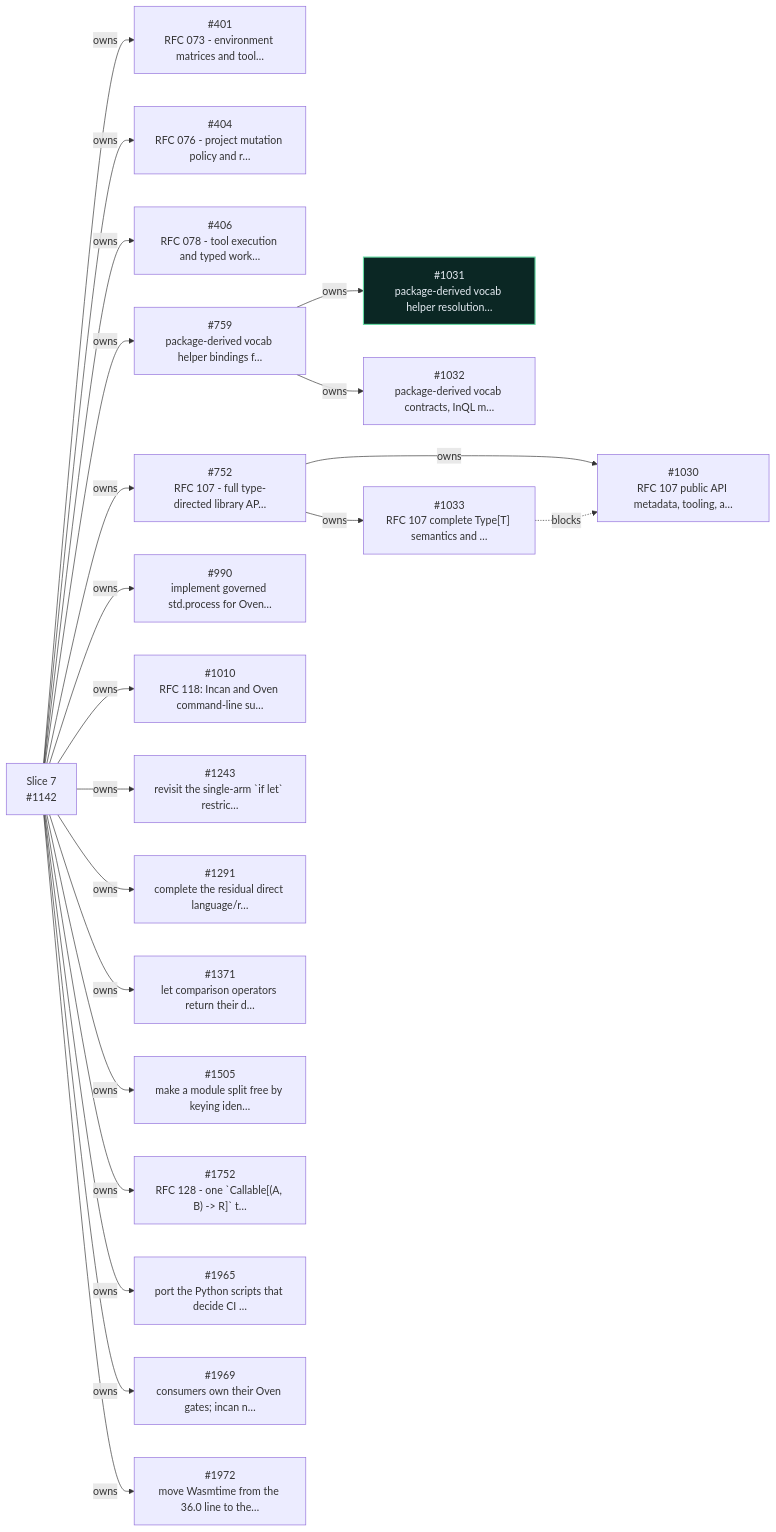
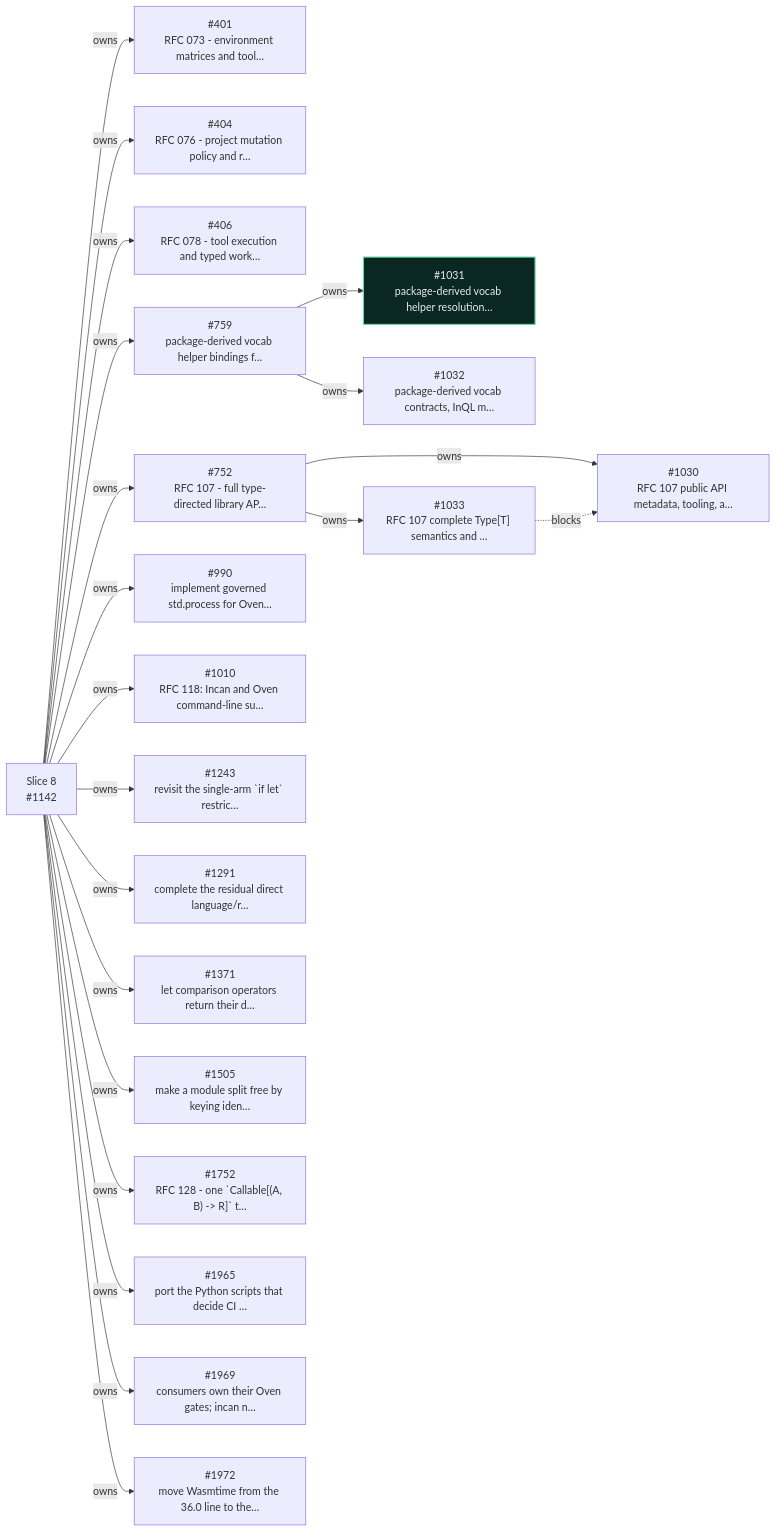
One commit to encero-systems/incan changed the eighth of 12 diagrams in workspaces/docs-site/docs/_snippets/project/v0_6_roadmap.md. Above: the diagram before and after it, drawn with Mermaid. The commit also changed other lines of this file and 2 other files, not shown here.

Commit message:
docs - 1675 the v0.6 roadmap shows Slice 7 and the re-sequenced slices

````diff
--- a/workspaces/docs-site/docs/_snippets/project/v0_6_roadmap.md
+++ b/workspaces/docs-site/docs/_snippets/project/v0_6_roadmap.md
@@ -732,65 +829,65 @@
 ```mermaid
 flowchart LR
   i401["#401<br/>RFC 073 - environment matrices and tool…"]
   i404["#404<br/>RFC 076 - project mutation policy and r…"]
   i406["#406<br/>RFC 078 - tool execution and typed work…"]
   i752["#752<br/>RFC 107 - full type-directed library AP…"]
   i759["#759<br/>package-derived vocab helper bindings f…"]
   i990["#990<br/>implement governed std.process for Oven…"]
   i1010["#1010<br/>RFC 118: Incan and Oven command-line su…"]
   i1030["#1030<br/>RFC 107 public API metadata, tooling, a…"]
   i1031["#1031<br/>package-derived vocab helper resolution…"]
   i1032["#1032<br/>package-derived vocab contracts, InQL m…"]
   i1033["#1033<br/>RFC 107 complete Type[T] semantics and …"]
-  s1142["Slice 7<br/>#1142"]
+  s1142["Slice 8<br/>#1142"]
   i1243["#1243<br/>revisit the single-arm `if let` restric…"]
   i1291["#1291<br/>complete the residual direct language/r…"]
   i1371["#1371<br/>let comparison operators return their d…"]
   i1505["#1505<br/>make a module split free by keying iden…"]
   i1752["#1752<br/>RFC 128 - one `Callable[(A, B) -> R]` t…"]
   i1965["#1965<br/>port the Python scripts that decide CI …"]
   i1969["#1969<br/>consumers own their Oven gates; incan n…"]
   i1972["#1972<br/>move Wasmtime from the 36.0 line to the…"]
   s1142 -- owns --> i401
   s1142 -- owns --> i404
   s1142 -- owns --> i406
   s1142 -- owns --> i752
   s1142 -- owns --> i759
   s1142 -- owns --> i990
   s1142 -- owns --> i1010
   i752 -- owns --> i1030
   i759 -- owns --> i1031
   i759 -- owns --> i1032
   i752 -- owns --> i1033
   s1142 -- owns --> i1243
   s1142 -- owns --> i1291
   s1142 -- owns --> i1371
   s1142 -- owns --> i1505
   s1142 -- owns --> i1752
   s1142 -- owns --> i1965
   s1142 -- owns --> i1969
   s1142 -- owns --> i1972
   i1033 -. blocks .-> i1030
   classDef incv06complete fill:#0b2724,stroke:#66d9a3,color:#e4ebf2,stroke-width:1.7px
   class i1031 incv06complete
   click i401 href "https://github.com/encero-systems/incan/issues/401" "Open #401 on GitHub"
   click i404 href "https://github.com/encero-systems/incan/issues/404" "Open #404 on GitHub"
   click i406 href "https://github.com/encero-systems/incan/issues/406" "Open #406 on GitHub"
   click i752 href "https://github.com/encero-systems/incan/issues/752" "Open #752 on GitHub"
   click i759 href "https://github.com/encero-systems/incan/issues/759" "Open #759 on GitHub"
   click i990 href "https://github.com/encero-systems/incan/issues/990" "Open #990 on GitHub"
   click i1010 href "https://github.com/encero-systems/incan/issues/1010" "Open #1010 on GitHub"
   click i1030 href "https://github.com/encero-systems/incan/issues/1030" "Open #1030 on GitHub"
   click i1031 href "https://github.com/encero-systems/incan/issues/1031" "Open #1031 on GitHub"
   click i1032 href "https://github.com/encero-systems/incan/issues/1032" "Open #1032 on GitHub"
   click i1033 href "https://github.com/encero-systems/incan/issues/1033" "Open #1033 on GitHub"
   click s1142 href "https://github.com/encero-systems/incan/issues/1142" "Open #1142 on GitHub"
   click i1243 href "https://github.com/encero-systems/incan/issues/1243" "Open #1243 on GitHub"
   click i1291 href "https://github.com/encero-systems/incan/issues/1291" "Open #1291 on GitHub"
   click i1371 href "https://github.com/encero-systems/incan/issues/1371" "Open #1371 on GitHub"
   click i1505 href "https://github.com/encero-systems/incan/issues/1505" "Open #1505 on GitHub"
   click i1752 href "https://github.com/encero-systems/incan/issues/1752" "Open #1752 on GitHub"
   click i1965 href "https://github.com/encero-systems/incan/issues/1965" "Open #1965 on GitHub"
   click i1969 href "https://github.com/encero-systems/incan/issues/1969" "Open #1969 on GitHub"
   click i1972 href "https://github.com/encero-systems/incan/issues/1972" "Open #1972 on GitHub"
 ```
````
